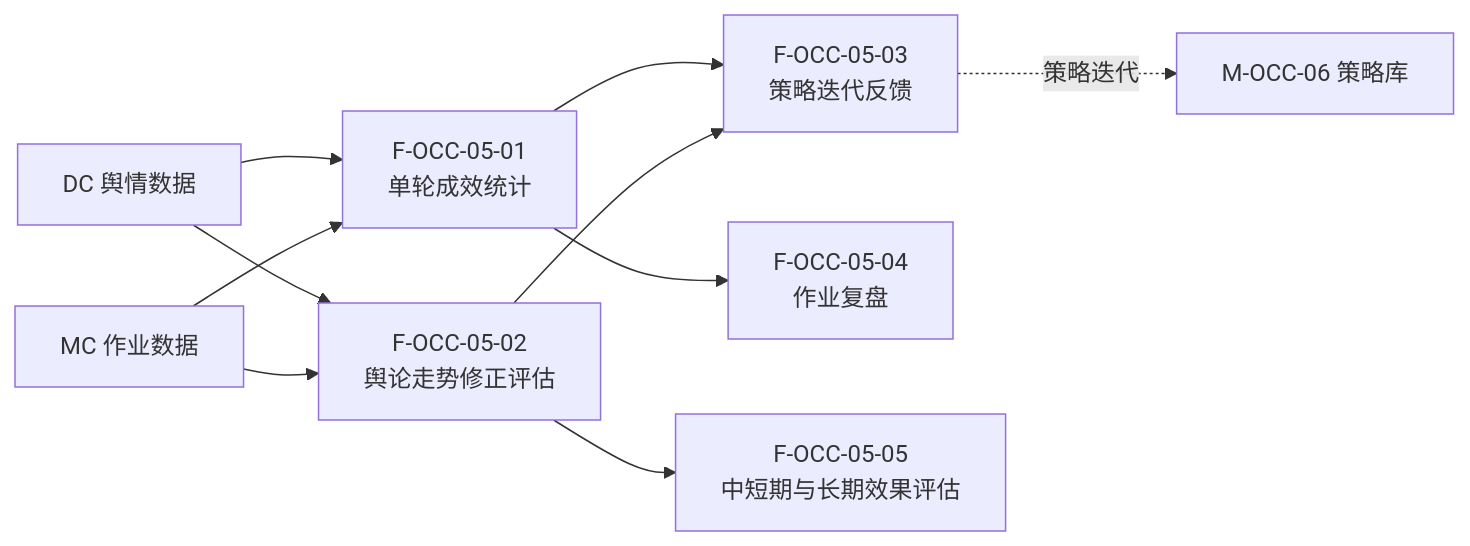
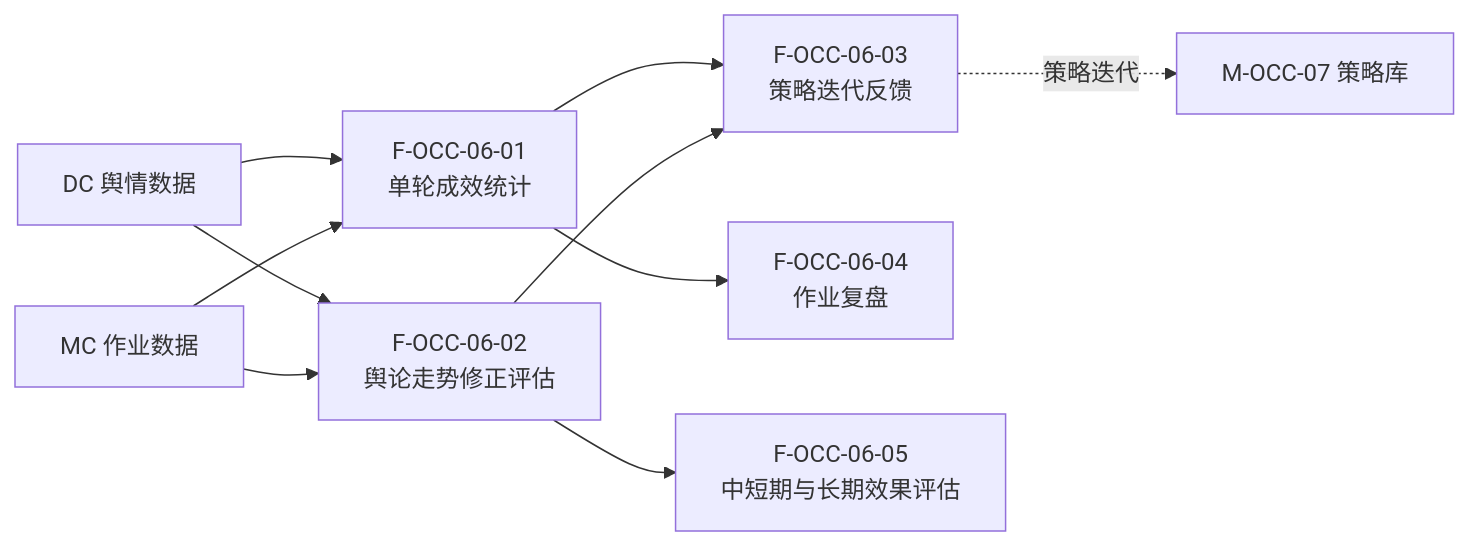
Diagram 31 of 45 in 公司项目/认知作战/文档/软件概要设计-架构图.md (Sj-g/obsidian), drawn with Mermaid before and after one commit. The commit also changed other lines of this file and 4 other files, not shown here.

````diff
--- a/公司项目/认知作战/文档/软件概要设计-架构图.md
+++ b/公司项目/认知作战/文档/软件概要设计-架构图.md
@@ -735,14 +642,14 @@
 ```mermaid
 flowchart LR
-    F0501["F-OCC-05-01<br/>单轮成效统计"]
-    F0502["F-OCC-05-02<br/>舆论走势修正评估"]
-    F0503["F-OCC-05-03<br/>策略迭代反馈"]
-    F0504["F-OCC-05-04<br/>作业复盘"]
-    F0505["F-OCC-05-05<br/>中短期与长期效果评估"]
+    F0601["F-OCC-06-01<br/>单轮成效统计"]
+    F0602["F-OCC-06-02<br/>舆论走势修正评估"]
+    F0603["F-OCC-06-03<br/>策略迭代反馈"]
+    F0604["F-OCC-06-04<br/>作业复盘"]
+    F0605["F-OCC-06-05<br/>中短期与长期效果评估"]
 
-    DC["DC 舆情数据"] & MC["MC 作业数据"] --> F0501 & F0502
-    F0501 --> F0504
-    F0502 --> F0505
-    F0501 & F0502 --> F0503
-    F0503 -.->|"策略迭代"| EXT["M-OCC-06 策略库"]
+    DC["DC 舆情数据"] & MC["MC 作业数据"] --> F0601 & F0602
+    F0601 --> F0604
+    F0602 --> F0605
+    F0601 & F0602 --> F0603
+    F0603 -.->|"策略迭代"| EXT["M-OCC-07 策略库"]
 ```
````
